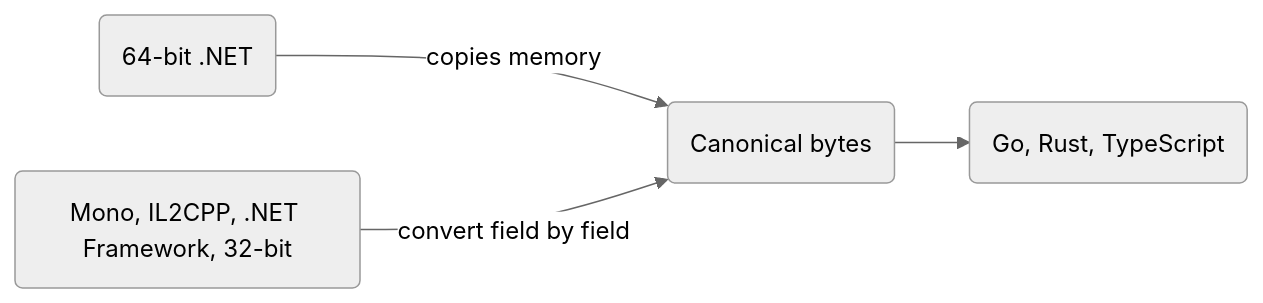
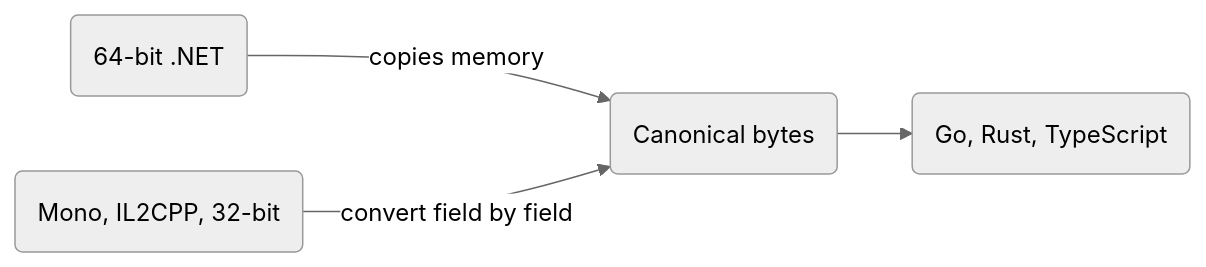
The diagram in content/docs/v4/struct-layouts.mdx (JasonXuDeveloper/Nino.Docs), drawn with Mermaid (neutral theme) before and after one commit. The commit also changed other lines of this file and 55 other files, not shown here.

````diff
--- a/content/docs/v4/struct-layouts.mdx
+++ b/content/docs/v4/struct-layouts.mdx
@@ -14,6 +14,6 @@
 ```mermaid
 flowchart LR
   A(64-bit .NET) -->|copies memory| B(Canonical bytes)
-  C(Mono, IL2CPP, .NET Framework, 32-bit) -->|convert field by field| B
+  C(Mono, IL2CPP, 32-bit) -->|convert field by field| B
   B --> D(Go, Rust, TypeScript)
 ```
````
